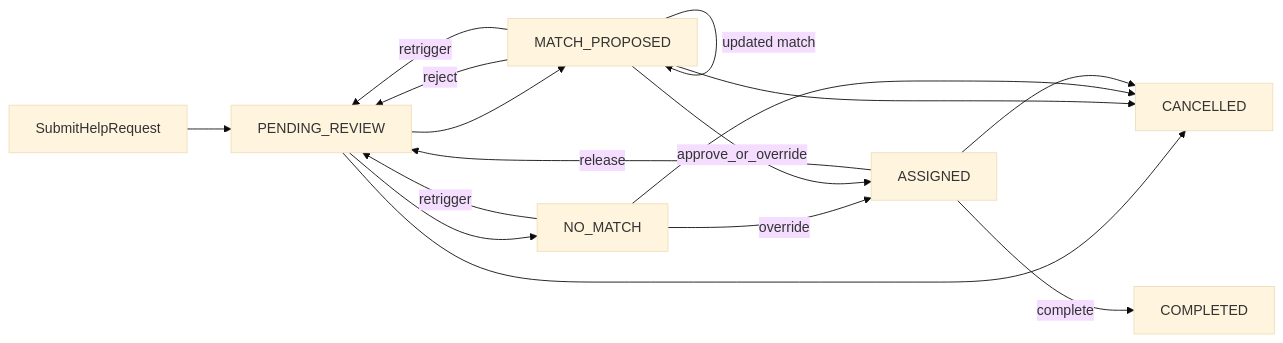
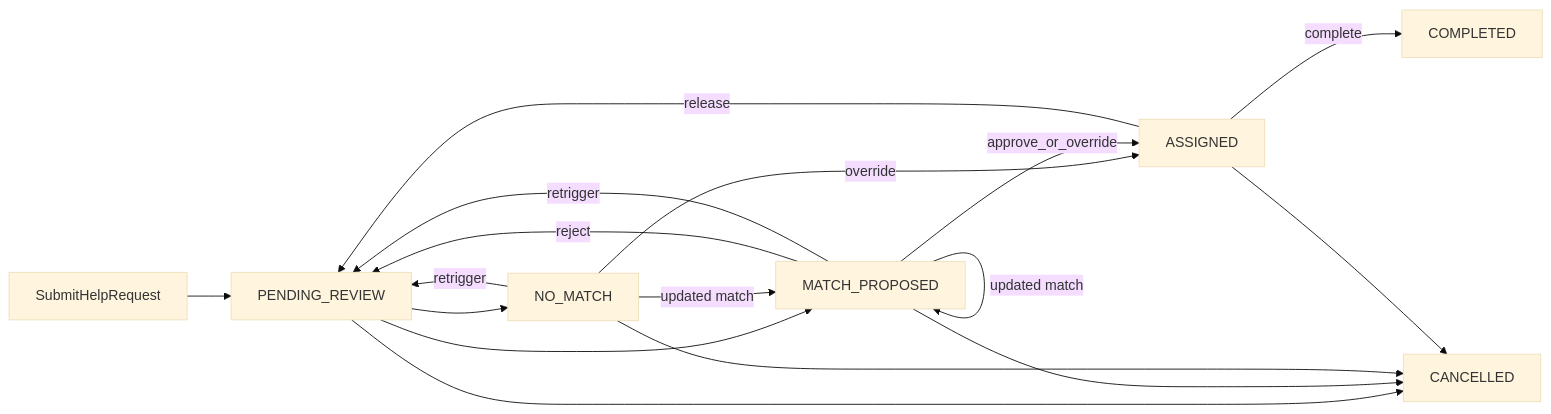
Before and after one commit to rina-hardan/KindBridge: the diagram in docs/system-spec.md, drawn with Mermaid (base theme). The commit also changed other lines of this file and 26 other files, not shown here.

````diff
--- a/docs/system-spec.md
+++ b/docs/system-spec.md
@@ -276,18 +276,19 @@
 ```mermaid
 flowchart LR
   submit[SubmitHelpRequest] --> pending[PENDING_REVIEW]
   pending --> proposed[MATCH_PROPOSED]
   pending --> noMatch[NO_MATCH]
   noMatch -->|retrigger| pending
+  noMatch -->|updated match| proposed
   noMatch -->|override| assigned
   proposed -->|updated match| proposed
   proposed -->|approve_or_override| assigned[ASSIGNED]
   proposed -->|reject| pending
   proposed -->|retrigger| pending
   assigned -->|complete| done[COMPLETED]
   assigned -->|release| pending
   pending --> cancelled[CANCELLED]
   proposed --> cancelled
   noMatch --> cancelled
   assigned --> cancelled
 ```
````
